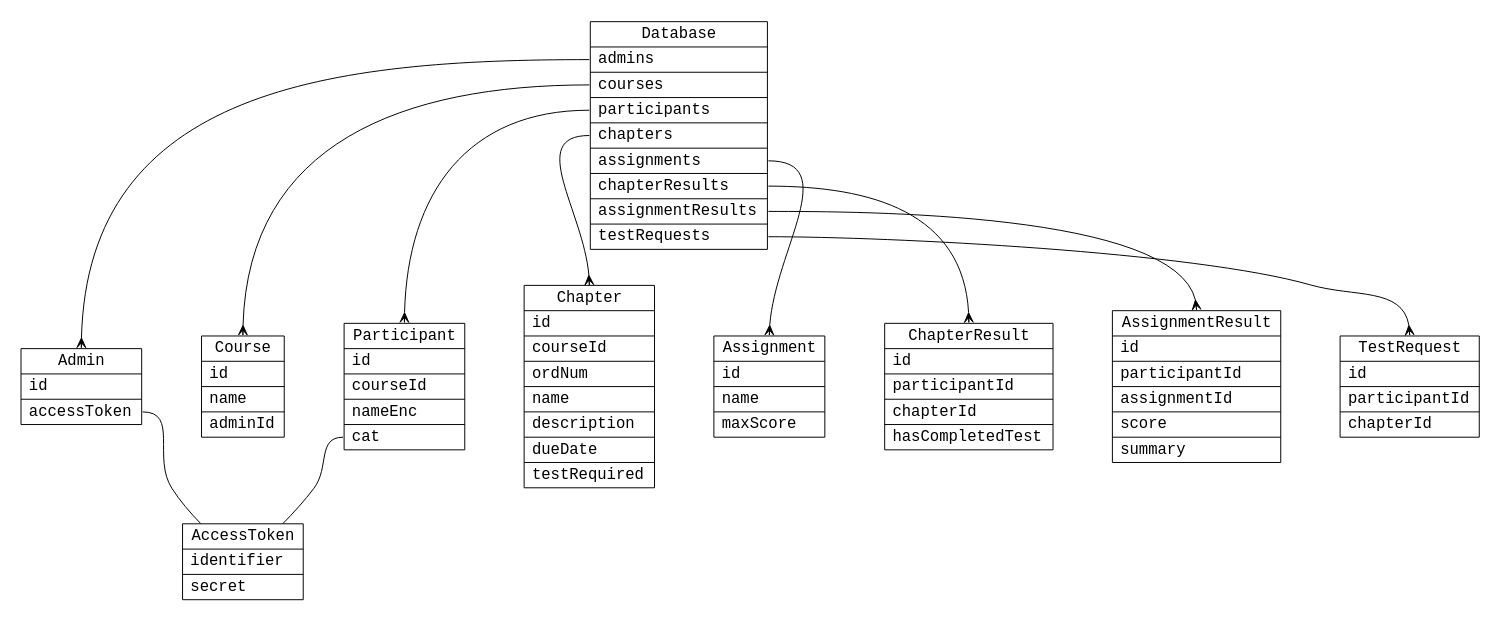
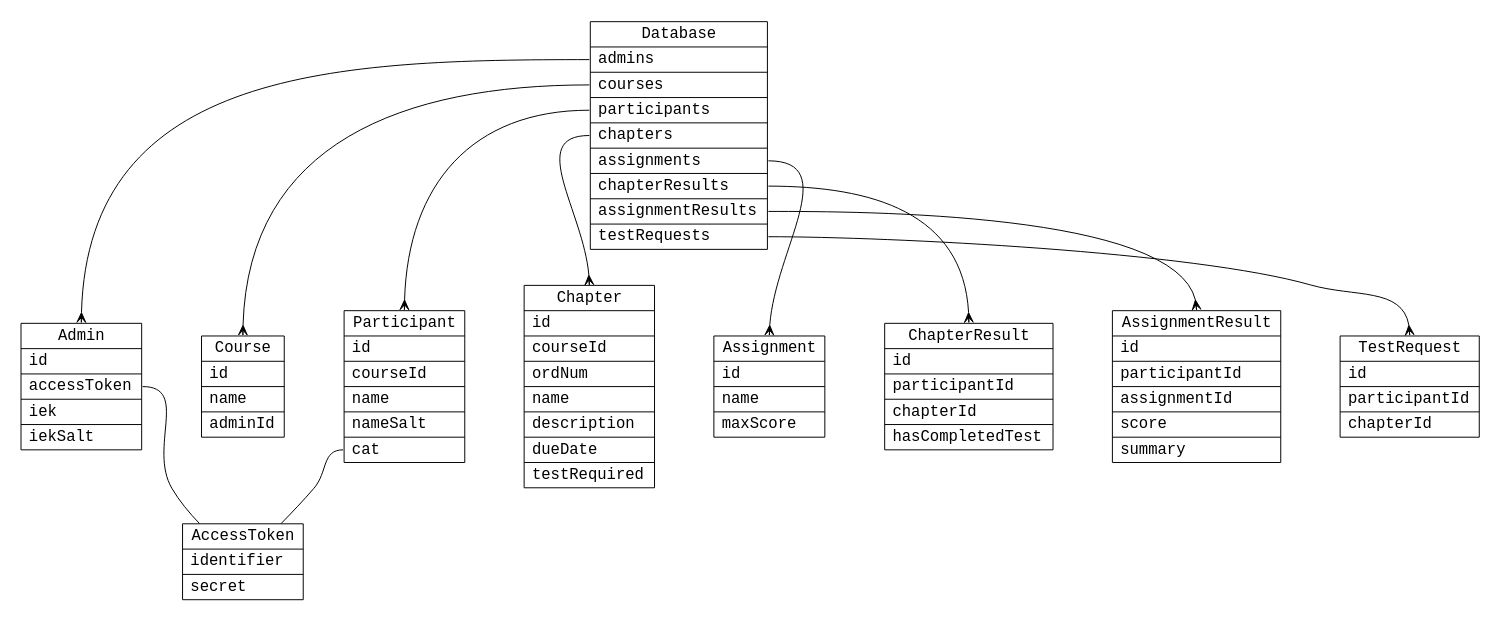
The diagram in doc/data_model.dot (T0astBread/EasyMark), drawn with Graphviz before and after one commit. The commit also changed 7 other files, not shown here.

```diff
--- a/doc/data_model.dot
+++ b/doc/data_model.dot
@@ -1,123 +1,126 @@
 digraph G {
     graph [pad=".2",nodesep=".85",ranksep=".5"]
     fontname="monospace"
 	fontsize=16
 
 	node [
     	fontname="monospace"
 		fontsize=16
 		shape="record"
 	]
 
 	edge [
     	fontname="monospace"
 		fontsize=16
 	]
 
 
 
 	Database [
 		label="{\N
 		|<admins> admins\l
 		|<courses> courses\l
 		|<participants> participants\l
 		|<chapters> chapters\l
 		|<assignments> assignments\l
 		|<chapterResults> chapterResults\l
 		|<assignmentResults> assignmentResults\l
 		|<testRequests> testRequests\l
 		}"
 	]
 
 	Admin [
 		label="{\N
 		|<id> id\l
 		|<accessToken> accessToken\l
+		|iek\l
+		|iekSalt\l
 		}"
 	]
 	
 	Course [
 		label="{\N
 		|<id> id\l
 		|name\l
 		|<adminId> adminId\l
 		}"
 	]
 
 	Participant [
 		label="{\N
 		|<id> id\l
 		|<courseId> courseId\l
-		|nameEnc\l
+		|name\l
+		|nameSalt\l
 		|<cat> cat\l
 		}"
 	]
 
 	Chapter [
 		label="{\N
 		|<id> id\l
 		|<courseId> courseId\l
 		|ordNum\l
 		|name\l
 		|description\l
 		|dueDate\l
 		|testRequired\l
 		}"
 	]
 
 	Assignment [
 		label="{\N
 		|<id> id\l
 		|name\l
 		|maxScore\l
 		}"
 	]
 
 	ChapterResult [
 		label="{\N
 		|<id> id\l
 		|<participantId> participantId\l
 		|<chapterId> chapterId\l
 		|hasCompletedTest\l
 		}"
 	]
 
 	AssignmentResult [
 		label="{\N
 		|<id> id\l
 		|<participantId> participantId\l
 		|<assignmentId> assignmentId\l
 		|score\l
 		|summary\l
 		}"
 	]
 
 	TestRequest [
 		label="{\N
 		|<id> id\l
 		|<participantId> participantId\l
 		|<chapterId> chapterId\l
 		}"
 	]
 
 	AccessToken [
 		label="{\N
 		|identifier\l
 		|secret\l
 		}"
 	]
 
 
 
 	Database:admins -> Admin:n [arrowhead="crow"]
 	Database:courses -> Course:n [arrowhead="crow"]
 	Database:participants -> Participant:n [arrowhead="crow"]
 	Database:chapters -> Chapter:n [arrowhead="crow"]
 	Database:assignments -> Assignment:n [arrowhead="crow"]
 	Database:chapterResults -> ChapterResult:n [arrowhead="crow"]
 	Database:assignmentResults -> AssignmentResult:n [arrowhead="crow"]
 	Database:testRequests -> TestRequest:n [arrowhead="crow"]
 
 	Admin:accessToken -> AccessToken [arrowhead="none"]
 	Participant:cat -> AccessToken [arrowhead="none"]
 }
```
